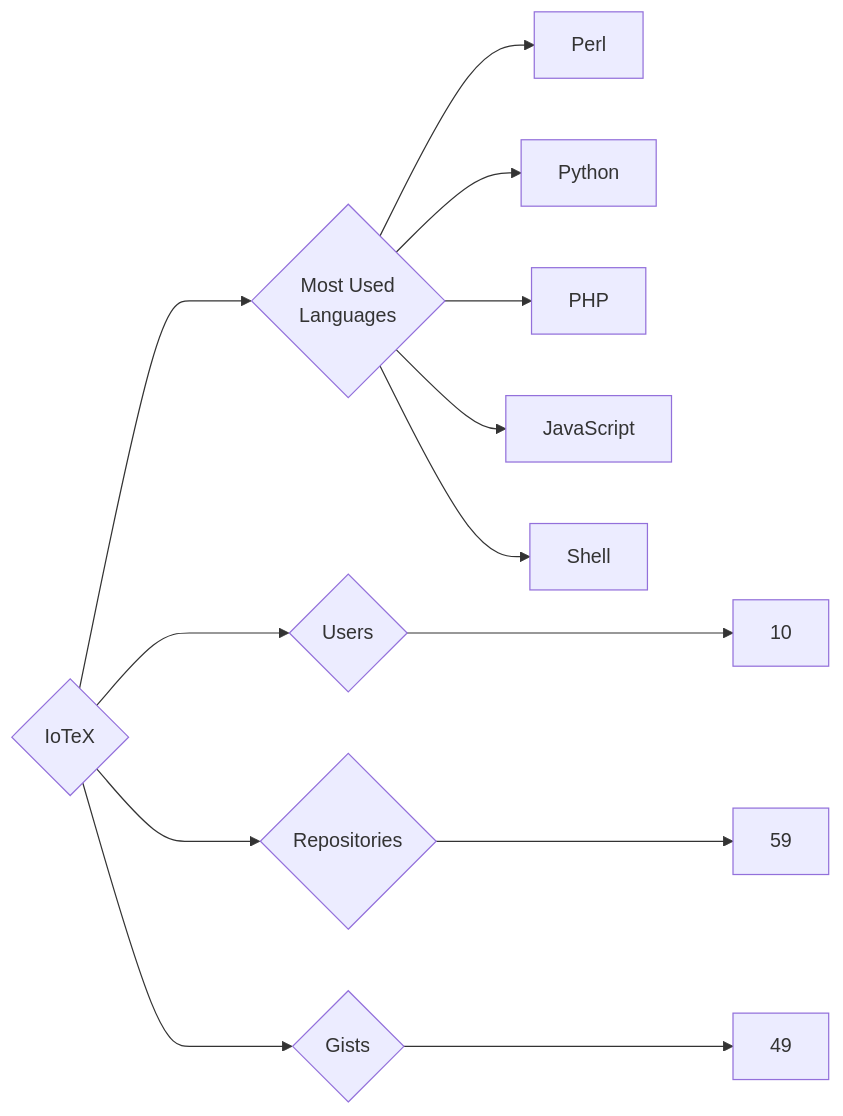
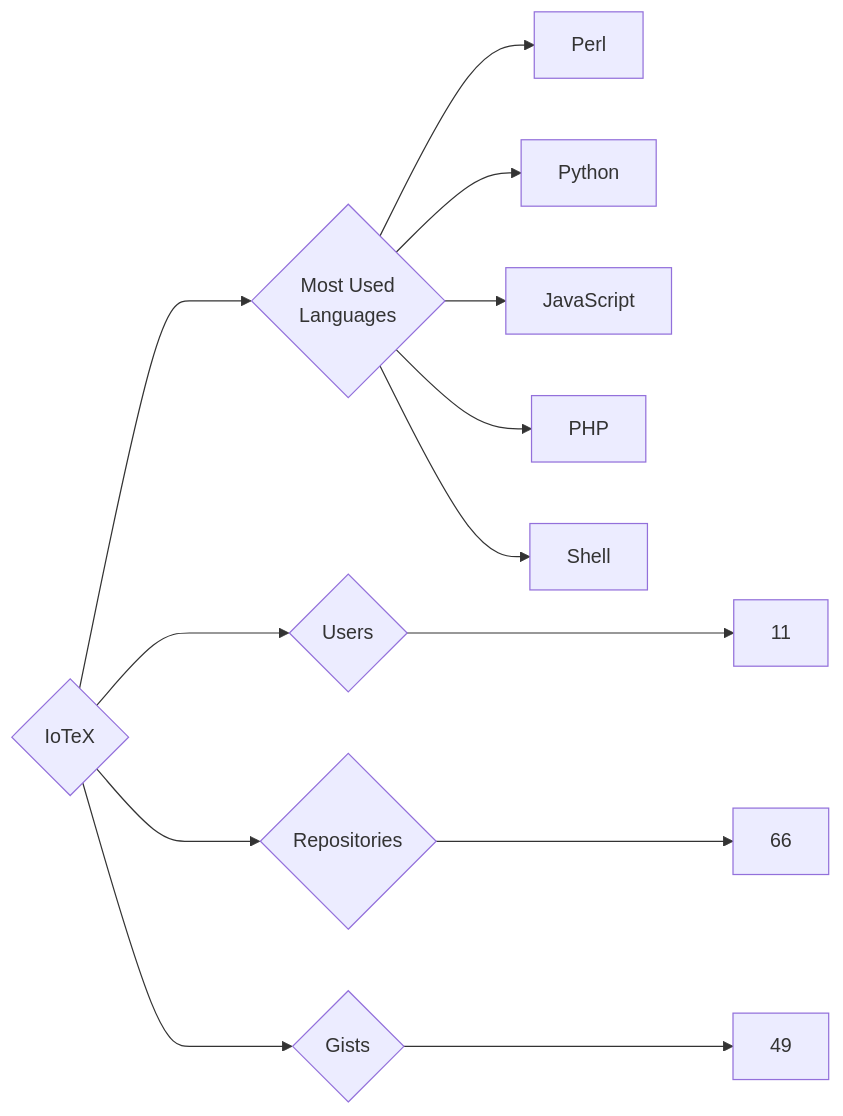
The diagram in targets/IoTeX/README.md (trickest/insiders), drawn with Mermaid before and after one commit. The commit also changed 997 other files, not shown here.

````diff
--- a/targets/IoTeX/README.md
+++ b/targets/IoTeX/README.md
@@ -3,13 +3,13 @@
 ```mermaid
 graph LR
 COMPANY_NAME{IoTeX}
-COMPANY_NAME ---> U{Users} ---> UN[10]
-COMPANY_NAME ---> R{Repositories} ---> RN[59]
+COMPANY_NAME ---> U{Users} ---> UN[11]
+COMPANY_NAME ---> R{Repositories} ---> RN[66]
 COMPANY_NAME ---> G{Gists} ---> GN[49]
 COMPANY_NAME ---> ML{Most Used<br>Languages}
 ML --> Perl[Perl]
 ML --> Python[Python]
+ML --> JavaScript[JavaScript]
 ML --> PHP[PHP]
-ML --> JavaScript[JavaScript]
 ML --> Shell[Shell]
 ```
````
